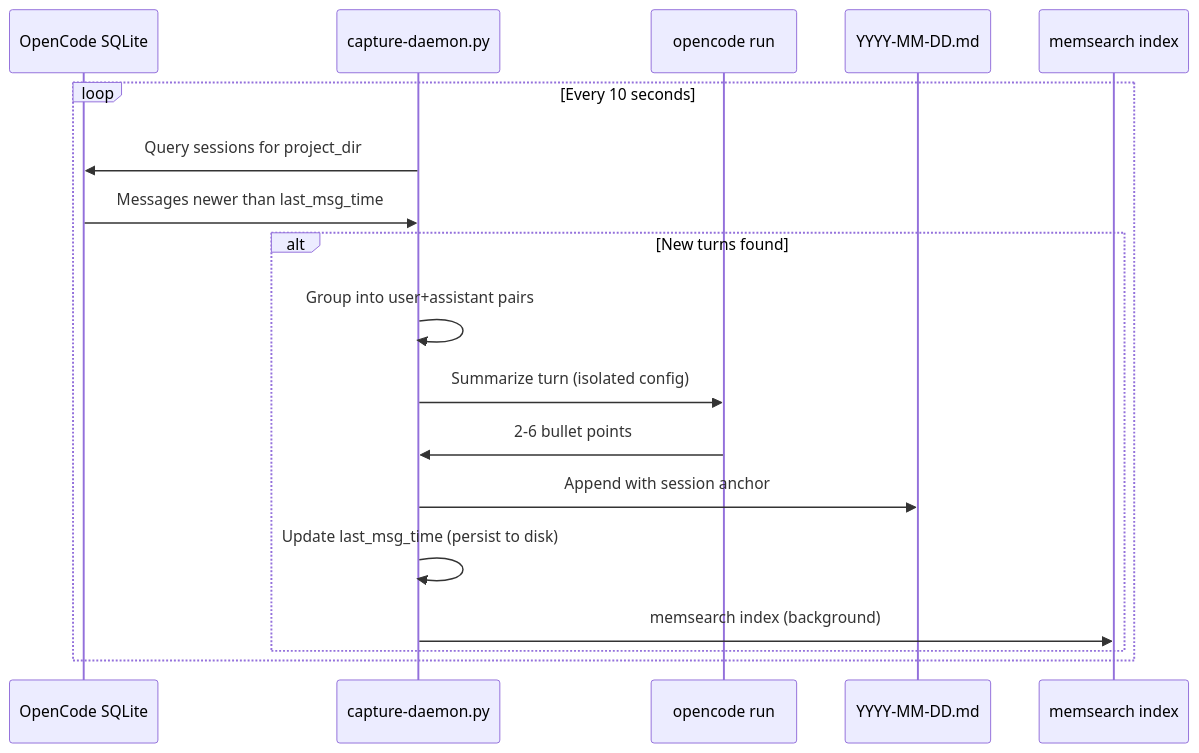
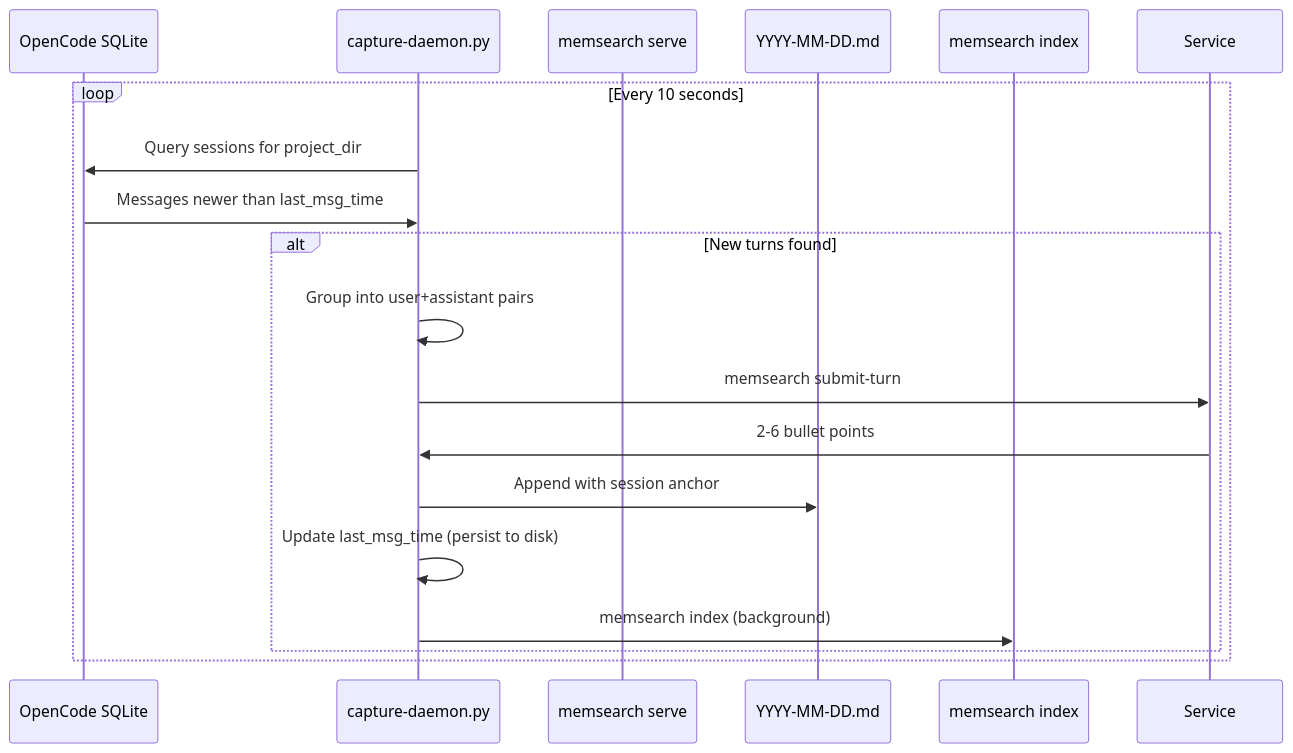
The second of 2 diagrams in docs/platforms/opencode/how-it-works.md (thaibui/memsearch), drawn with Mermaid before and after one commit. The commit also changed other lines of this file and 20 other files, not shown here.

````diff
--- a/docs/platforms/opencode/how-it-works.md
+++ b/docs/platforms/opencode/how-it-works.md
@@ -56,21 +57,21 @@
 ```mermaid
 sequenceDiagram
     participant DB as OpenCode SQLite
     participant Daemon as capture-daemon.py
-    participant LLM as opencode run
+    participant LLM as memsearch serve
     participant File as YYYY-MM-DD.md
     participant Index as memsearch index
 
     loop Every 10 seconds
         Daemon->>DB: Query sessions for project_dir
         DB->>Daemon: Messages newer than last_msg_time
         alt New turns found
             Daemon->>Daemon: Group into user+assistant pairs
-            Daemon->>LLM: Summarize turn (isolated config)
-            LLM->>Daemon: 2-6 bullet points
+            Daemon->>Service: memsearch submit-turn
+            Service->>Daemon: 2-6 bullet points
             Daemon->>File: Append with session anchor
             Daemon->>Daemon: Update last_msg_time (persist to disk)
             Daemon->>Index: memsearch index (background)
         end
     end
 ```
````
